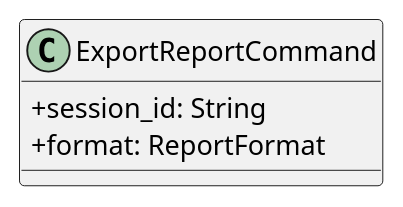
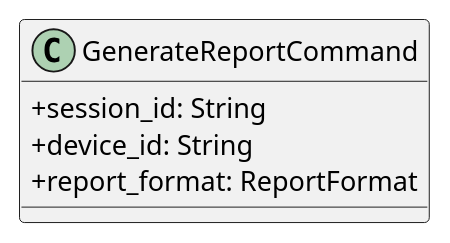
One commit to GroupRubberDuck/Documentazione changed the diagram in src/PB/DocumentazioneEsterna/Specifica_Tecnica/content/uml/puml/Diagrammi_classi/Backend/Command/ExportReportCommand.puml. Above: the diagram before and after it, drawn with PlantUML. The commit also changed 34 other files, not shown here.

```diff
--- a/src/PB/DocumentazioneEsterna/Specifica_Tecnica/content/uml/puml/Diagrammi_classi/Backend/Command/ExportReportCommand.puml
+++ b/src/PB/DocumentazioneEsterna/Specifica_Tecnica/content/uml/puml/Diagrammi_classi/Backend/Command/ExportReportCommand.puml
@@ -1,9 +1,10 @@
-@startuml
-skinparam classAttributeIconSize 0   
- 
- class ExportReportCommand {
-        +session_id: String
-        +format: ReportFormat
-    }
+@startuml GenerateReportCommand
+skinparam classAttributeIconSize 0
+
+class GenerateReportCommand {
+    + session_id: String
+    + device_id: String
+    + report_format: ReportFormat
+}
 
 @enduml
```
